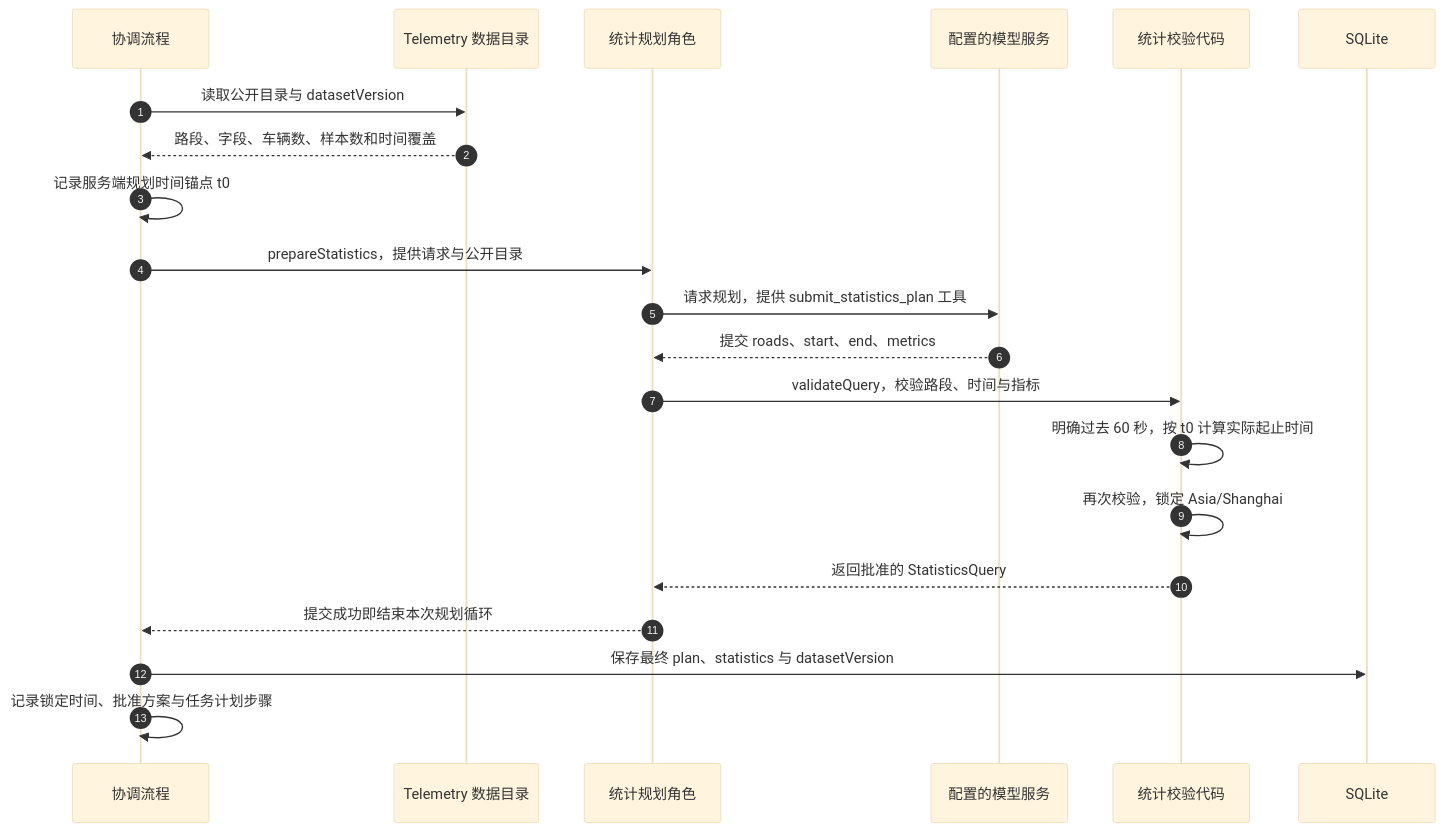
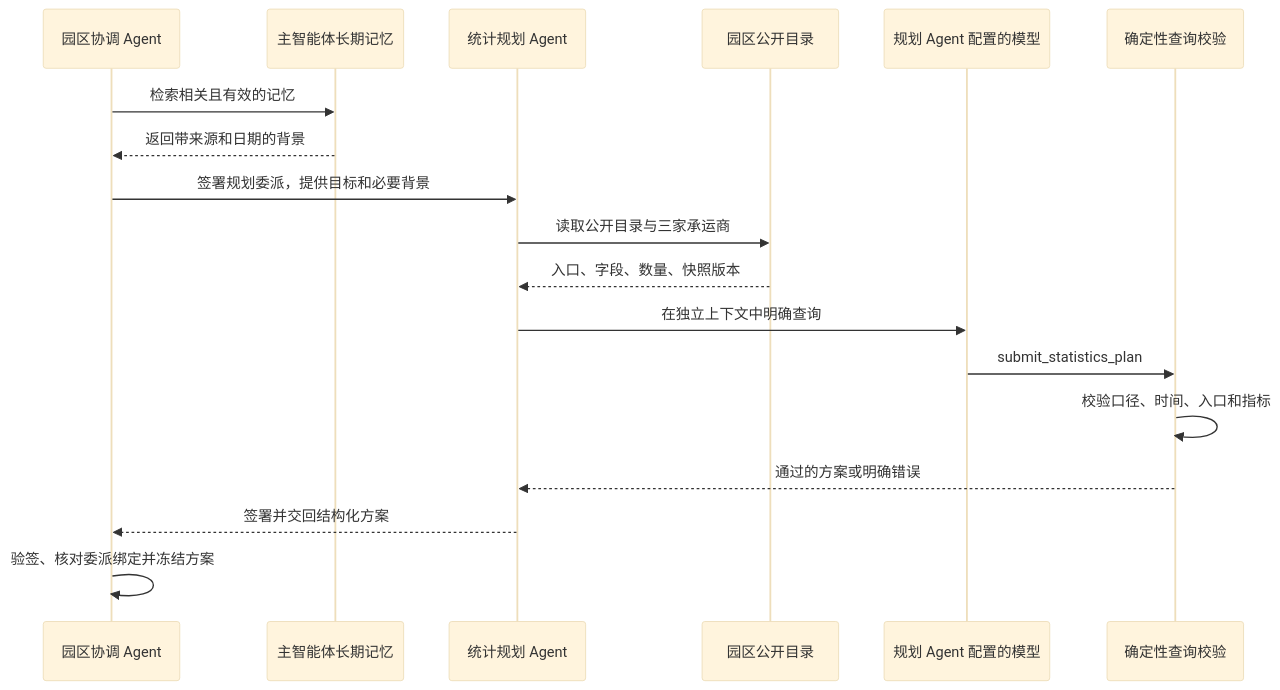
The second of 8 diagrams in project_document.md (shutingchai5-ux/vectra-source-0.2.0), drawn with Mermaid (base theme) before and after one commit. The commit also changed other lines of this file and 622 other files, not shown here.

````diff
--- a/project_document.md
+++ b/project_document.md
@@ -286,23 +138,20 @@
 ```mermaid
 sequenceDiagram
-    autonumber
-    participant S as 协调流程
-    participant T as Telemetry 数据目录
-    participant P as 统计规划角色
-    participant L as 配置的模型服务
-    participant V as 统计校验代码
-    participant D as SQLite
-    S->>T: 读取公开目录与 datasetVersion
-    T-->>S: 路段、字段、车辆数、样本数和时间覆盖
-    S->>S: 记录服务端规划时间锚点 t0
-    S->>P: prepareStatistics，提供请求与公开目录
-    P->>L: 请求规划，提供 submit_statistics_plan 工具
-    L-->>P: 提交 roads、start、end、metrics
-    P->>V: validateQuery，校验路段、时间与指标
-    V->>V: 明确过去 60 秒，按 t0 计算实际起止时间
-    V->>V: 再次校验，锁定 Asia/Shanghai
-    V-->>P: 返回批准的 StatisticsQuery
-    P-->>S: 提交成功即结束本次规划循环
-    S->>D: 保存最终 plan、statistics 与 datasetVersion
-    S->>S: 记录锁定时间、批准方案与任务计划步骤
+  participant S as 园区协调 Agent
+  participant M as 主智能体长期记忆
+  participant A as 统计规划 Agent
+  participant P as 园区公开目录
+  participant L as 规划 Agent 配置的模型
+  participant V as 确定性查询校验
+  S->>M: 检索相关且有效的记忆
+  M-->>S: 返回带来源和日期的背景
+  S->>A: 签署规划委派，提供目标和必要背景
+  A->>P: 读取公开目录与三家承运商
+  P-->>A: 入口、字段、数量、快照版本
+  A->>L: 在独立上下文中明确查询
+  L->>V: submit_statistics_plan
+  V->>V: 校验口径、时间、入口和指标
+  V-->>A: 通过的方案或明确错误
+  A-->>S: 签署并交回结构化方案
+  S->>S: 验签、核对委派绑定并冻结方案
 ```
````
